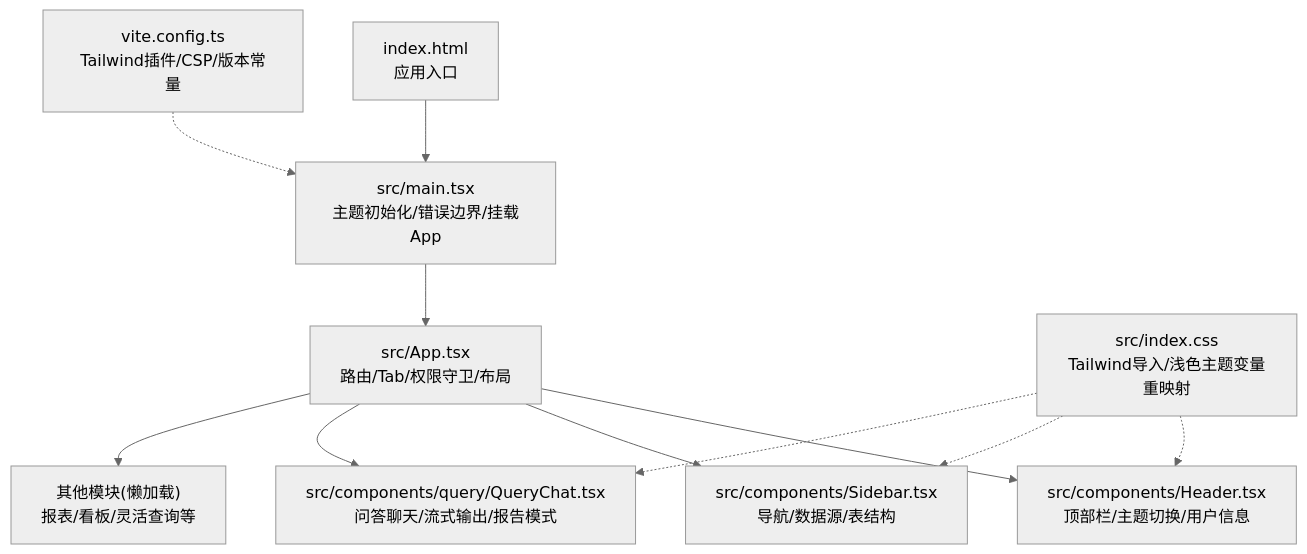
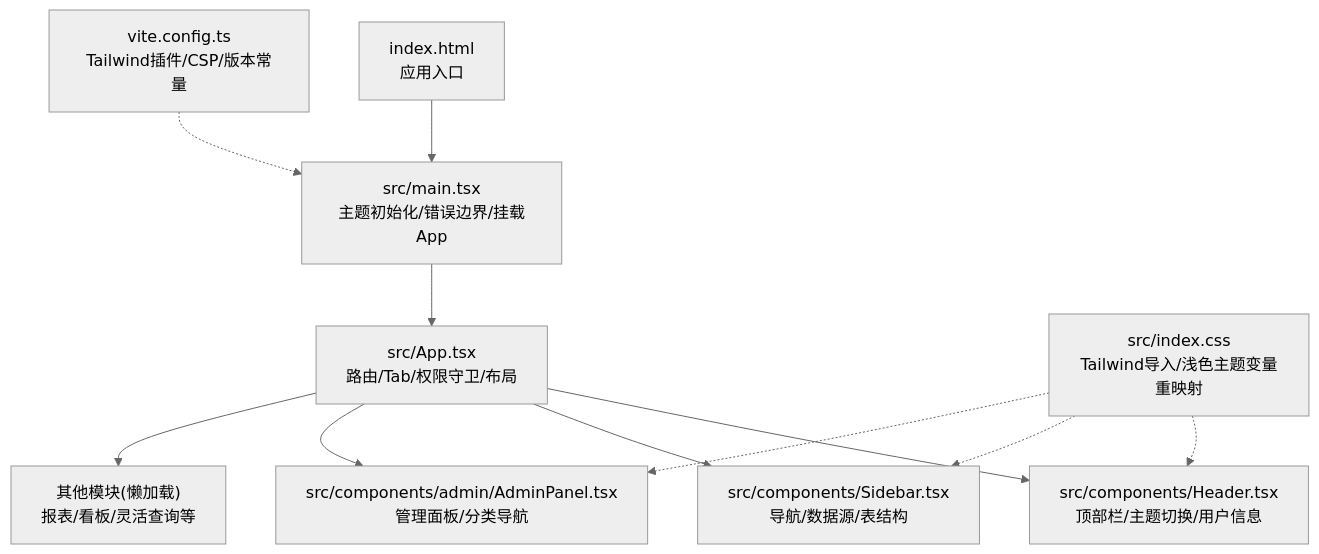
Before and after one commit to dgjin/smart-data-analytics: the first of 5 diagrams in .qoder/repowiki/zh/content/前端应用/UI_UX设计.md, drawn with Mermaid (neutral theme). The commit also changed other lines of this file and 146 other files, not shown here.

````diff
--- a/.qoder/repowiki/zh/content/前端应用/UI_UX设计.md
+++ b/.qoder/repowiki/zh/content/前端应用/UI_UX设计.md
@@ -36,13 +46,13 @@
 ```mermaid
 graph TB
 A["index.html<br/>应用入口"] --> B["src/main.tsx<br/>主题初始化/错误边界/挂载App"]
 B --> C["src/App.tsx<br/>路由/Tab/权限守卫/布局"]
 C --> D["src/components/Header.tsx<br/>顶部栏/主题切换/用户信息"]
 C --> E["src/components/Sidebar.tsx<br/>导航/数据源/表结构"]
-C --> F["src/components/query/QueryChat.tsx<br/>问答聊天/流式输出/报告模式"]
+C --> F["src/components/admin/AdminPanel.tsx<br/>管理面板/分类导航"]
 C --> G["其他模块(懒加载)<br/>报表/看板/灵活查询等"]
 H["src/index.css<br/>Tailwind导入/浅色主题变量重映射"] -.-> D
 H -.-> E
 H -.-> F
 I["vite.config.ts<br/>Tailwind插件/CSP/版本常量"] -.-> B
 ```
````
